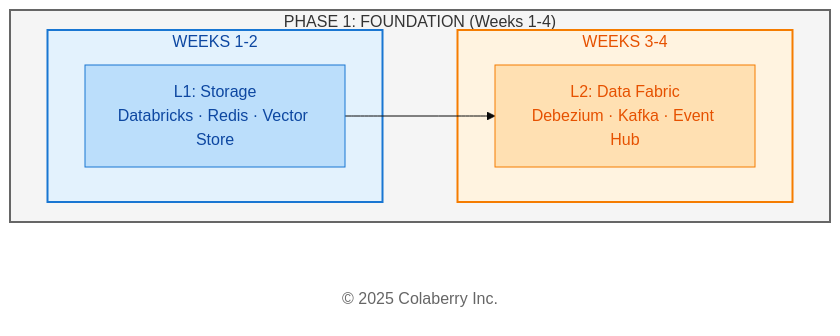
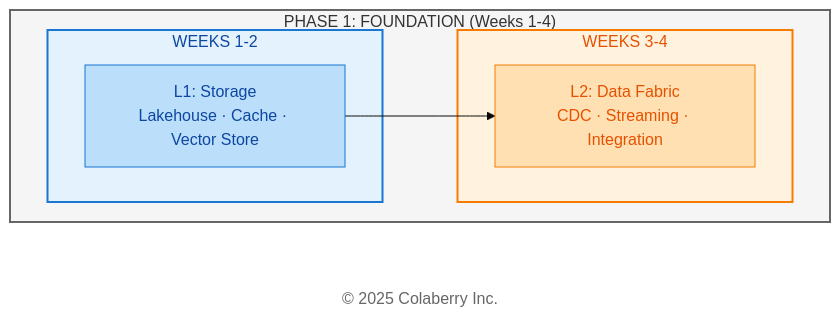
Before and after one commit to saitejesh-cyber/trust-before-intelligence-book: the third of 8 diagrams in manuscript/11_chapter_10_week_by_week_implementation.md, drawn with Mermaid (base theme). The commit also changed other lines of this file and 2 other files, not shown here.

````diff
--- a/manuscript/11_chapter_10_week_by_week_implementation.md
+++ b/manuscript/11_chapter_10_week_by_week_implementation.md
@@ -174,26 +188,26 @@
 ```mermaid
 
 graph LR
     subgraph PHASE1["PHASE 1: FOUNDATION (Weeks 1-4)"]
         direction LR
         subgraph WEEK12["WEEKS 1-2"]
-            L1["L1: Storage<br/>Databricks · Redis · Vector Store"]
+            L1["L1: Storage<br/>Lakehouse · Cache · Vector Store"]
         end
         
         subgraph WEEK34["WEEKS 3-4"]
-            L2["L2: Data Fabric<br/>Debezium · Kafka · Event Hub"]
+            L2["L2: Data Fabric<br/>CDC · Streaming · Integration"]
         end
     end
     
     Copyright["© 2025 Colaberry Inc."]
     
     L1 --> L2
     
     style PHASE1 fill:#f5f5f5,stroke:#666666,stroke-width:2px,color:#333333
     style WEEK12 fill:#e3f2fd,stroke:#1976d2,stroke-width:2px,color:#0d47a1
     style WEEK34 fill:#fff3e0,stroke:#f57c00,stroke-width:2px,color:#e65100
     style L1 fill:#bbdefb,stroke:#1976d2,color:#0d47a1
     style L2 fill:#ffe0b2,stroke:#f57c00,color:#e65100
     style Copyright fill:#ffffff,stroke:none,color:#666666
 
 ```
````
